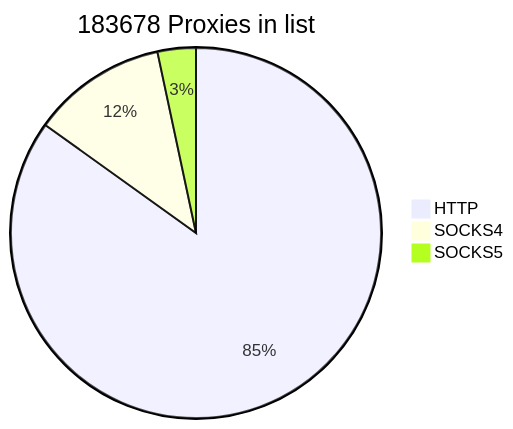
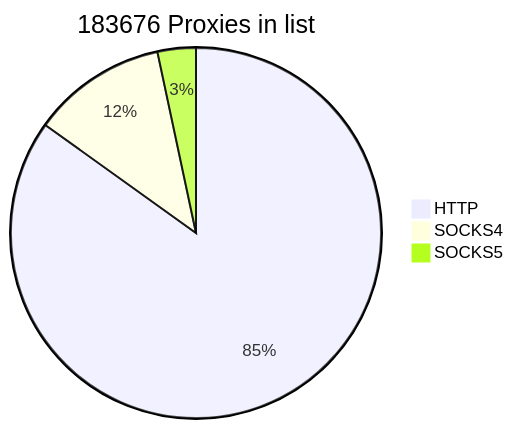
One commit to cutipu/proxylist changed the first of 2 diagrams in README.md. Above: the diagram before and after it, drawn with Mermaid. The commit also changed other lines of this file, not shown here.

````diff
--- a/README.md
+++ b/README.md
@@ -2,7 +2,7 @@
 ```mermaid
-pie title 183678 Proxies in list
+pie title 183676 Proxies in list
     "HTTP" : 155942
-    "SOCKS4" : 21595
+    "SOCKS4" : 21593
     "SOCKS5" : 6141
             
 ```
````
